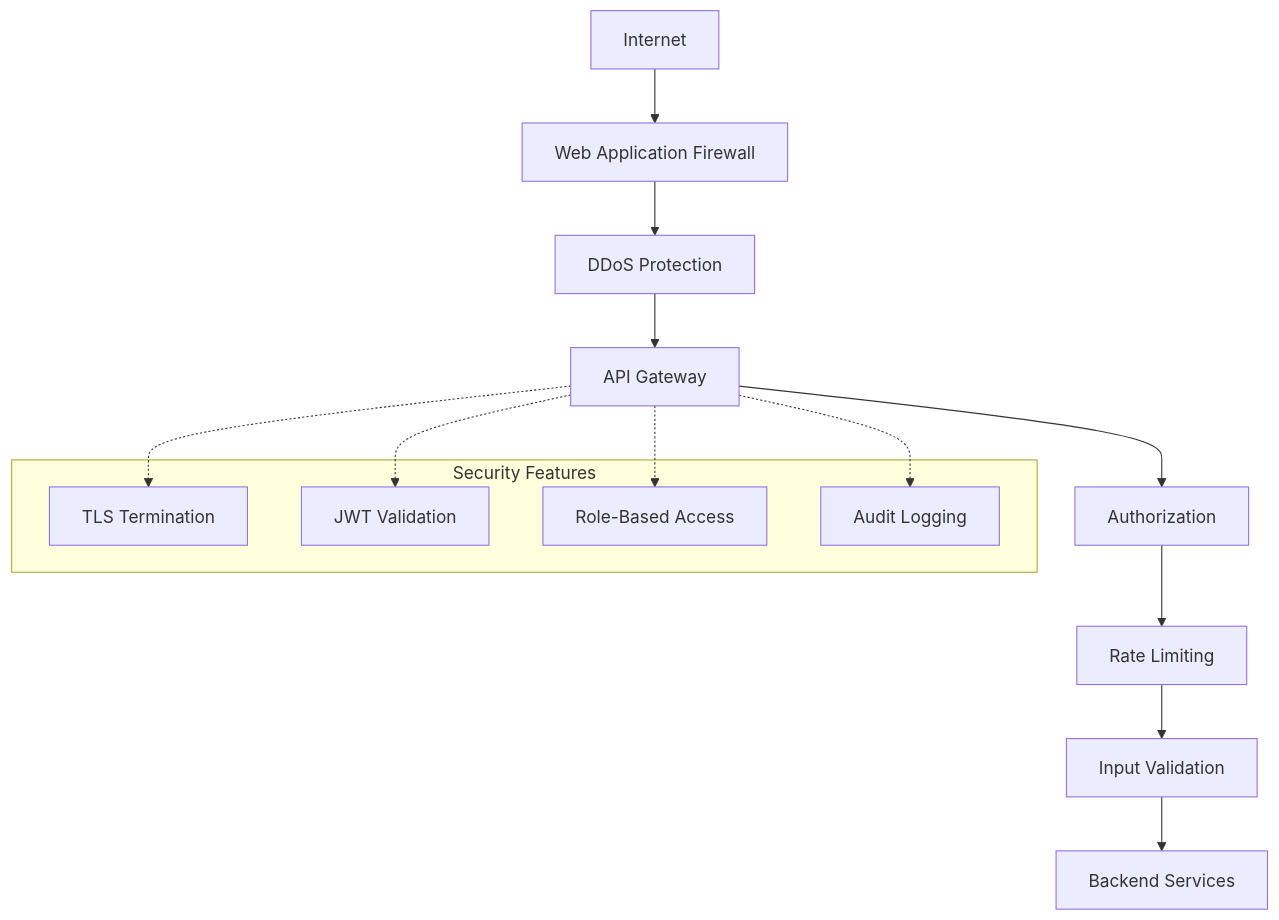
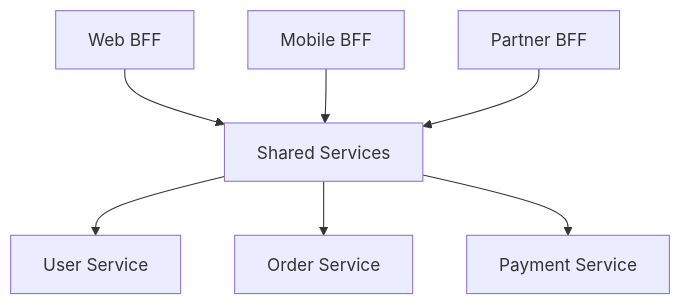
One commit to Ritahchanger/system_design changed the fifth of 7 diagrams in api-gateways/README.md. Above: the diagram before and after it, drawn with Mermaid. The commit also changed other lines of this file and 8 other files, not shown here.

Commit message:
Add comprehensive API Gateway documentation: architecture, routing, caching, scaling, security, monitoring, patterns, and pros/cons

````diff
--- a/api-gateways/README.md
+++ b/api-gateways/README.md
@@ -448,23 +171,10 @@
 ```mermaid
-graph TB
-    Internet[Internet] --> WAF[Web Application Firewall]
-    WAF --> DDoS[DDoS Protection]
-    DDoS --> Gateway[API Gateway]
+graph TD
+    A[Web BFF] --> D[Shared Services]
+    B[Mobile BFF] --> D
+    C[Partner BFF] --> D
     
-    Gateway --> AuthZ[Authorization]
-    AuthZ --> RateLimit[Rate Limiting]
-    RateLimit --> Validation[Input Validation]
-    Validation --> Services[Backend Services]
-    
-    subgraph "Security Features"
-        TLS[TLS Termination]
-        JWT[JWT Validation]
-        RBAC[Role-Based Access]
-        Audit[Audit Logging]
-    end
-    
-    Gateway -.-> TLS
-    Gateway -.-> JWT
-    Gateway -.-> RBAC
-    Gateway -.-> Audit
+    D --> E[User Service]
+    D --> F[Order Service]
+    D --> G[Payment Service]
 ```
````
